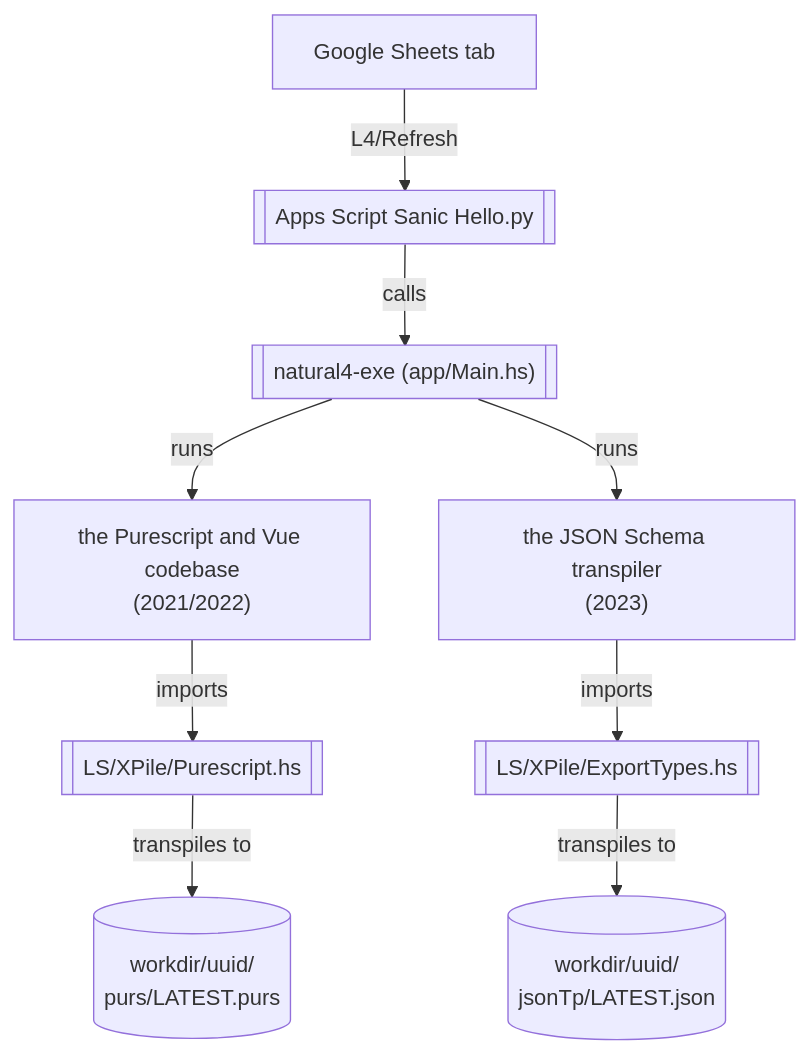
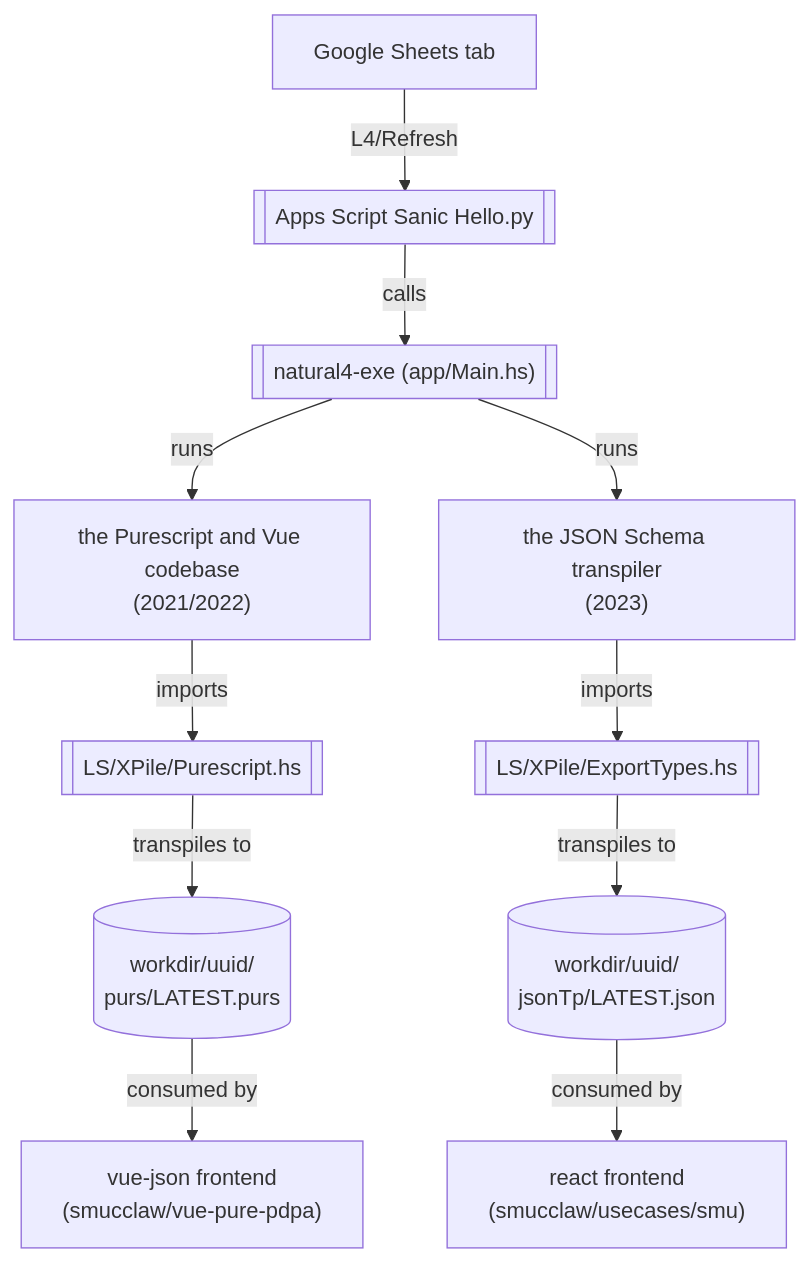
One commit to smucclaw/internal_docs changed the first of 2 diagrams in docs/current_system/index.md. Above: the diagram before and after it, drawn with Mermaid. The commit also changed other lines of this file and 3 other files, not shown here.

Commit message:
attempt to add more diagrams to the visualization

````diff
--- a/docs/current_system/index.md
+++ b/docs/current_system/index.md
@@ -17,15 +31,17 @@
 ```mermaid
 graph TB;
     classDef natural4exe fill:#f9f,stroke:#333,stroke-width:2px;
 
     A["Google Sheets tab"] -- "L4/Refresh" --> B[["Apps Script Sanic Hello.py"]];
- B -- calls -->C[["natural4-exe (app/Main.hs)"]];
+    B -- calls -->C[["natural4-exe (app/Main.hs)"]];
 
- C --"runs"--> C1["the Purescript and Vue codebase\n(2021/2022)"];
- C1--"imports"-->D[["LS/XPile/Purescript.hs"]];
+    C --"runs"--> C1["the Purescript and Vue codebase\n(2021/2022)"];
+    C1--"imports"-->D[["LS/XPile/Purescript.hs"]];
     D--"transpiles to"-->E[("workdir/uuid/\npurs/LATEST.purs")];
+    E--"consumed by"-->F["vue-json frontend\n(smucclaw/vue-pure-pdpa)"];
 
     C --"runs"--> G0["the JSON Schema transpiler\n(2023)"];
- G0--"imports"-->G1[["LS/XPile/ExportTypes.hs"]];
- G1--"transpiles to"-->G2[("workdir/uuid/\njsonTp/LATEST.json")];
+    G0--"imports"-->G1[["LS/XPile/ExportTypes.hs"]];
+    G1--"transpiles to"-->G2[("workdir/uuid/\njsonTp/LATEST.json")];
+    G2--"consumed by"-->G3["react frontend\n(smucclaw/usecases/smu)"]
 ```
````
